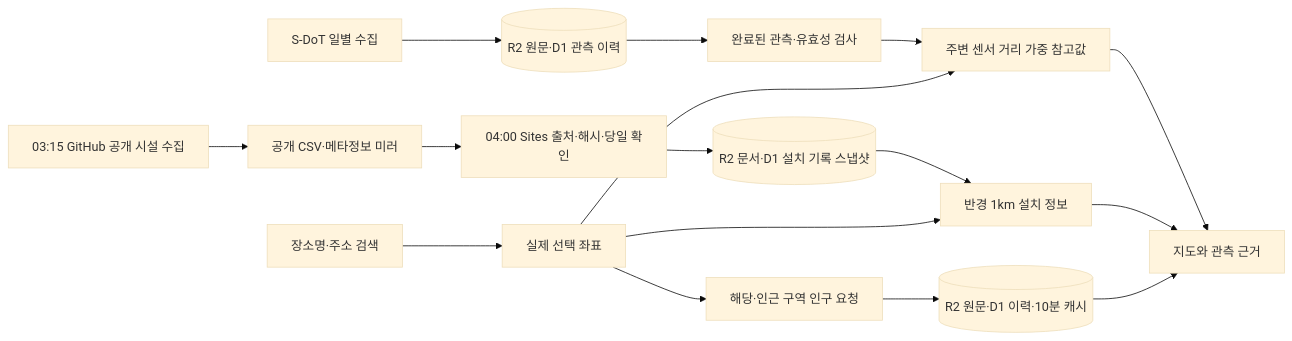
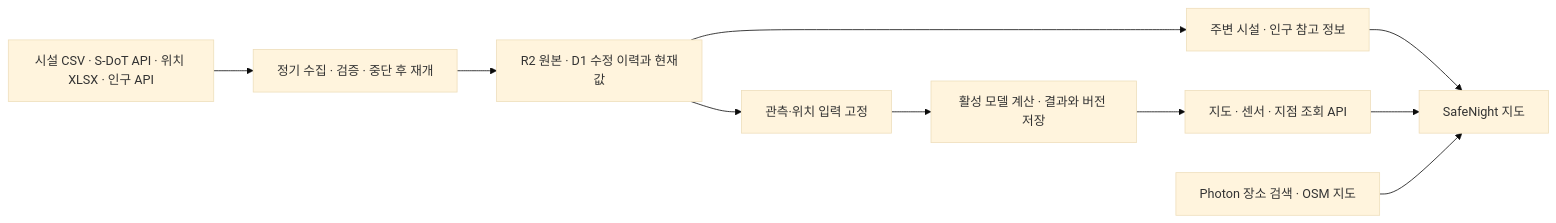
One commit to roberYM11/safenight changed the first of 2 diagrams in README.md. Above: the diagram before and after it, drawn with Mermaid (base theme). The commit also changed other lines of this file and 5 other files, not shown here.

````diff
--- a/README.md
+++ b/README.md
@@ -67,18 +19,12 @@
 ```mermaid
 flowchart LR
-    Q[장소명·주소 검색] --> L[실제 선택 좌표]
-    S[S-DoT 일별 수집] --> R[(R2 원문·D1 관측 이력)]
-    R --> V[완료된 관측·유효성 검사]
-    V --> W[주변 센서 거리 가중 참고값]
-    L --> W
-    C[03:15 GitHub 공개 시설 수집] --> G[공개 CSV·메타정보 미러]
-    G --> H[04:00 Sites 출처·해시·당일 확인]
-    H --> F[(R2 문서·D1 설치 기록 스냅샷)]
-    F --> N[반경 1km 설치 정보]
-    L --> N
-    L --> P[해당·인근 구역 인구 요청]
-    P --> D[(R2 원문·D1 이력·10분 캐시)]
-    W --> M[지도와 관측 근거]
-    N --> M
-    D --> M
+    A[시설 CSV · S-DoT API · 위치 XLSX · 인구 API] --> B[정기 수집 · 검증 · 중단 후 재개]
+    B --> C[R2 원본 · D1 수정 이력과 현재값]
+    C --> D[관측·위치 입력 고정]
+    D --> E[활성 모델 계산 · 결과와 버전 저장]
+    E --> F[지도 · 센서 · 지점 조회 API]
+    C --> G[주변 시설 · 인구 참고 정보]
+    G --> H[SafeNight 지도]
+    F --> H
+    P[Photon 장소 검색 · OSM 지도] --> H
 ```
````
